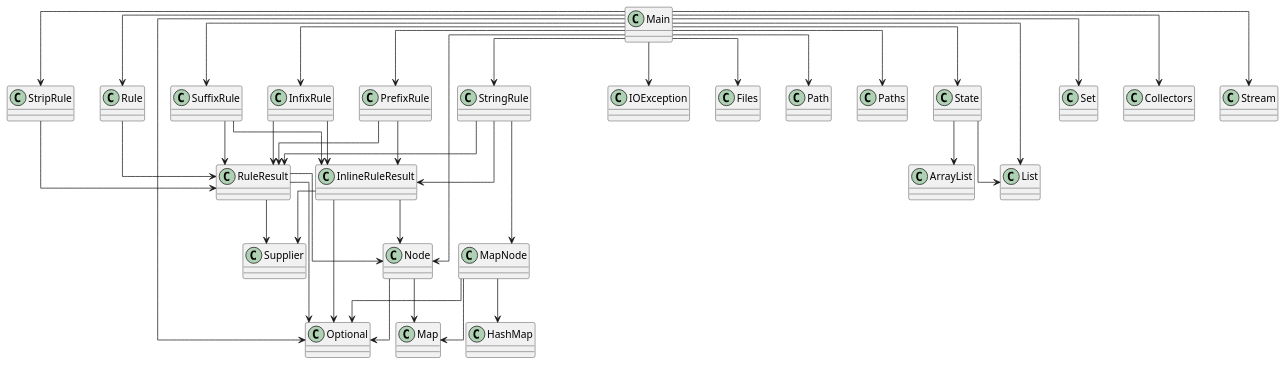
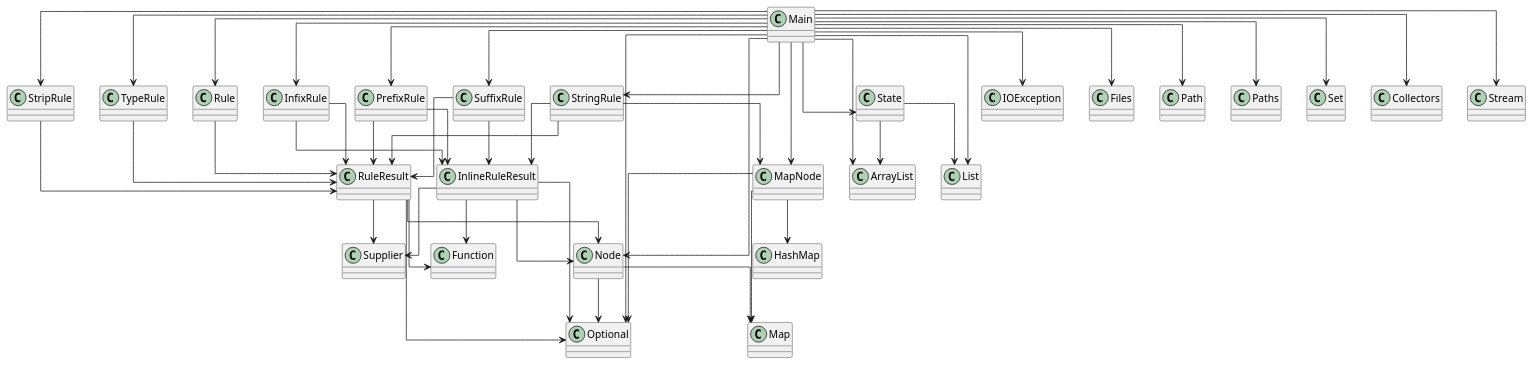
One commit to Magma-Foundation/Magma changed the diagram in diagram.puml. Above: the diagram before and after it, drawn with PlantUML. The commit also changed 6 other files, not shown here.

Commit message:
TypeRule

```diff
--- a/diagram.puml
+++ b/diagram.puml
@@ -1,56 +1,63 @@
 @startuml
 skinparam linetype ortho
 class SuffixRule
 SuffixRule --> InlineRuleResult
 SuffixRule --> RuleResult
 class InfixRule
 InfixRule --> InlineRuleResult
 InfixRule --> RuleResult
 class Main
+Main --> State
+Main --> MapNode
 Main --> Node
 Main --> InfixRule
 Main --> PrefixRule
 Main --> Rule
-Main --> State
 Main --> StringRule
 Main --> StripRule
 Main --> SuffixRule
+Main --> TypeRule
 Main --> IOException
 Main --> Files
 Main --> Path
 Main --> Paths
+Main --> ArrayList
 Main --> List
 Main --> Optional
 Main --> Set
 Main --> Collectors
 Main --> Stream
+class TypeRule
+TypeRule --> RuleResult
 class Rule
 Rule --> RuleResult
 class Node
 Node --> Map
 Node --> Optional
 class MapNode
 MapNode --> HashMap
 MapNode --> Map
 MapNode --> Optional
 class PrefixRule
 PrefixRule --> InlineRuleResult
 PrefixRule --> RuleResult
 class RuleResult
 RuleResult --> Node
 RuleResult --> Optional
+RuleResult --> Function
 RuleResult --> Supplier
 class InlineRuleResult
 InlineRuleResult --> Node
 InlineRuleResult --> Optional
+InlineRuleResult --> Function
 InlineRuleResult --> Supplier
 class StringRule
 StringRule --> MapNode
 StringRule --> InlineRuleResult
 StringRule --> RuleResult
 class StripRule
 StripRule --> RuleResult
 class State
 State --> ArrayList
 State --> List
 @enduml
```
